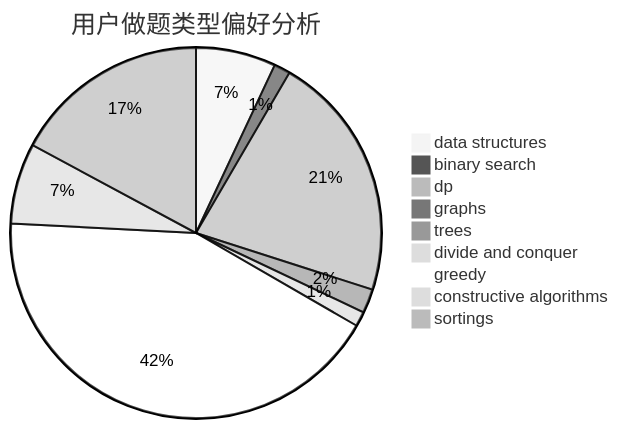
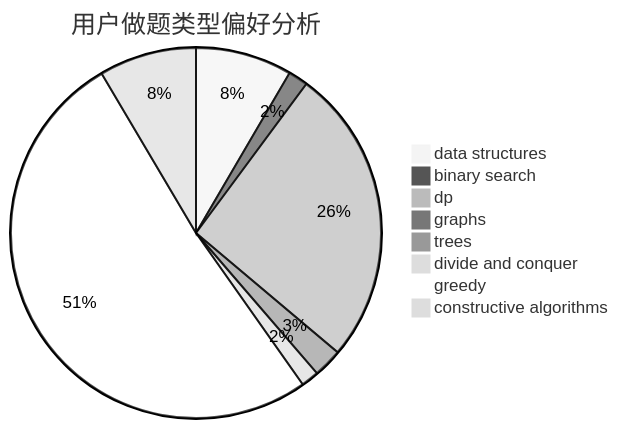
The second of 3 diagrams in docs/user/u1826.md (sherpahu/cfrs.github.io), drawn with Mermaid (neutral theme) before and after one commit. The commit also changed other lines of this file and 2769 other files, not shown here.

````diff
--- a/docs/user/u1826.md
+++ b/docs/user/u1826.md
@@ -18,12 +18,11 @@
 ```mermaid
 pie title 用户做题类型偏好分析
     "data structures" :  103
     "binary search" :  21
     "dp" :  318
     "graphs" :  4
     "trees" :  31
     "divide and conquer" :  19
     "greedy" :  627
     "constructive algorithms" :  104
-    "sortings" :  253
 ```
````
